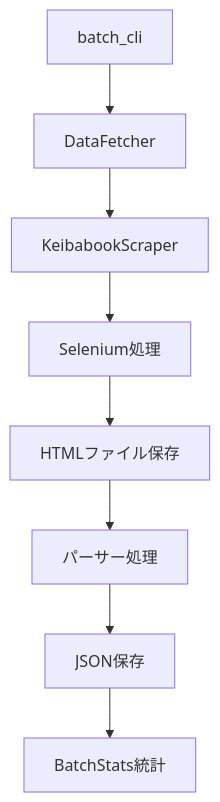
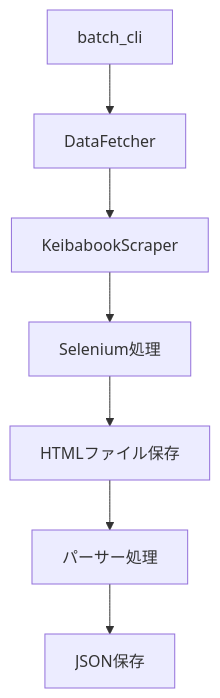
One commit to keiba-debug/keiba-cicd-core changed the second of 2 diagrams in KeibaCICD.keibabook/docs/システム概要/アーキテクチャ.md. Above: the diagram before and after it, drawn with Mermaid. The commit also changed other lines of this file and 64 other files, not shown here.

````diff
--- a/KeibaCICD.keibabook/docs/システム概要/アーキテクチャ.md
+++ b/KeibaCICD.keibabook/docs/システム概要/アーキテクチャ.md
@@ -124,10 +61,9 @@
 ```mermaid
 graph TD
     A[batch_cli] --> B[DataFetcher]
     B --> C[KeibabookScraper]
     C --> D[Selenium処理]
     D --> E[HTMLファイル保存]
     E --> F[パーサー処理]
     F --> G[JSON保存]
-    G --> H[BatchStats統計]
 ```
````
